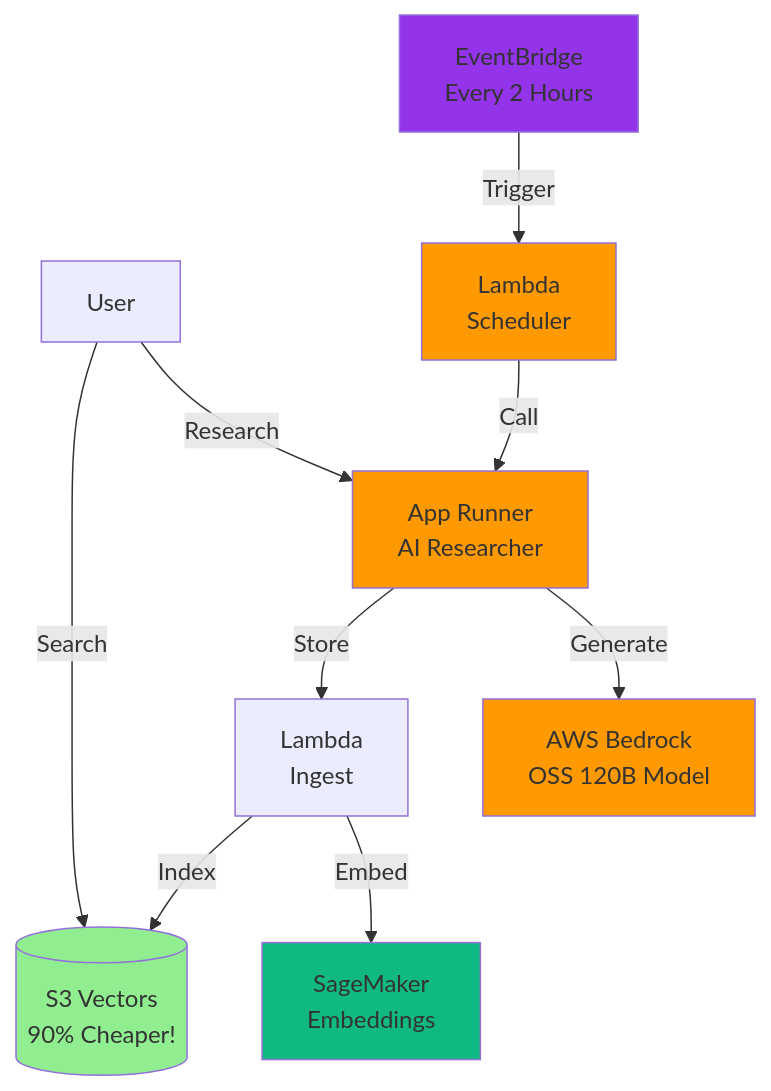
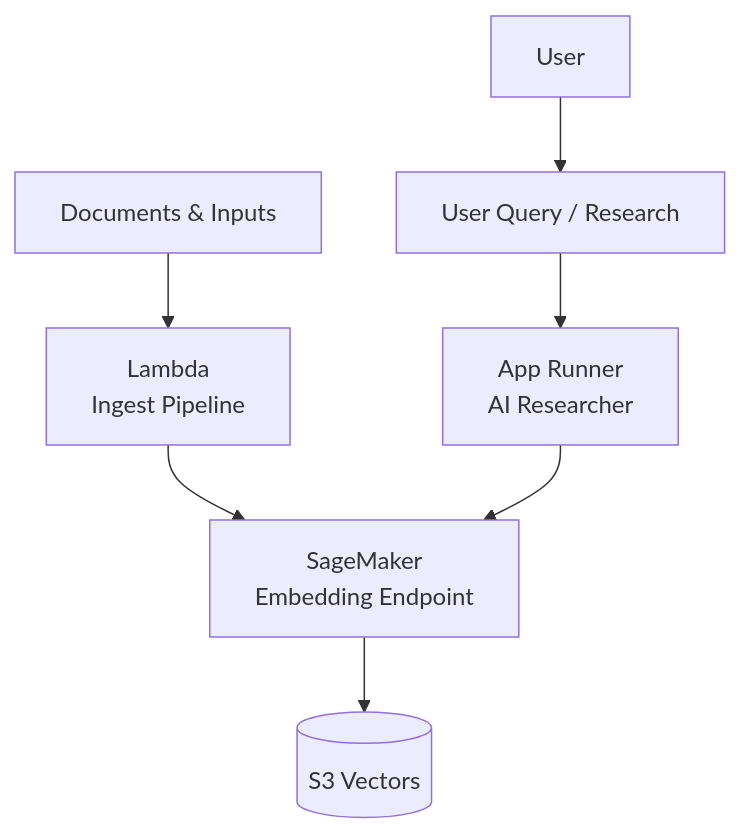
The diagram in README.md (Ch3rry-Pi3-AI/LLMOps-Financial-Planner), drawn with Mermaid before and after one commit. The commit also changed other lines of this file and 1 other file, not shown here.

Commit message:
aws sagemaker

````diff
--- a/README.md
+++ b/README.md
@@ -36,18 +32,9 @@
 ```mermaid
 graph TB
-    User[User] -->|Research| AR[App Runner<br/>AI Researcher]
-    Schedule[EventBridge<br/>Every 2 Hours] -->|Trigger| SchedLambda[Lambda<br/>Scheduler]
-    SchedLambda -->|Call| AR
-    AR -->|Generate| Bedrock[AWS Bedrock<br/>OSS 120B Model]
-    AR -->|Store| Lambda[Lambda<br/>Ingest]
-    Lambda -->|Embed| SM[SageMaker<br/>Embeddings]
-    Lambda -->|Index| S3V[(S3 Vectors<br/>90% Cheaper!)]
-    User -->|Search| S3V
-
-    style AR fill:#FF9900
-    style S3V fill:#90EE90
-    style SM fill:#10B981
-    style Schedule fill:#9333EA
-    style SchedLambda fill:#FF9900
-    style Bedrock fill:#FF9900
+    Docs[Documents & Inputs] --> IngestLambda[Lambda<br/>Ingest Pipeline]
+    IngestLambda --> SM[SageMaker<br/>Embedding Endpoint]
+    SM --> S3V[(S3 Vectors)]
+    User --> Query[User Query / Research]
+    Query --> Researcher[App Runner<br/>AI Researcher]
+    Researcher --> SM
 ```
````
